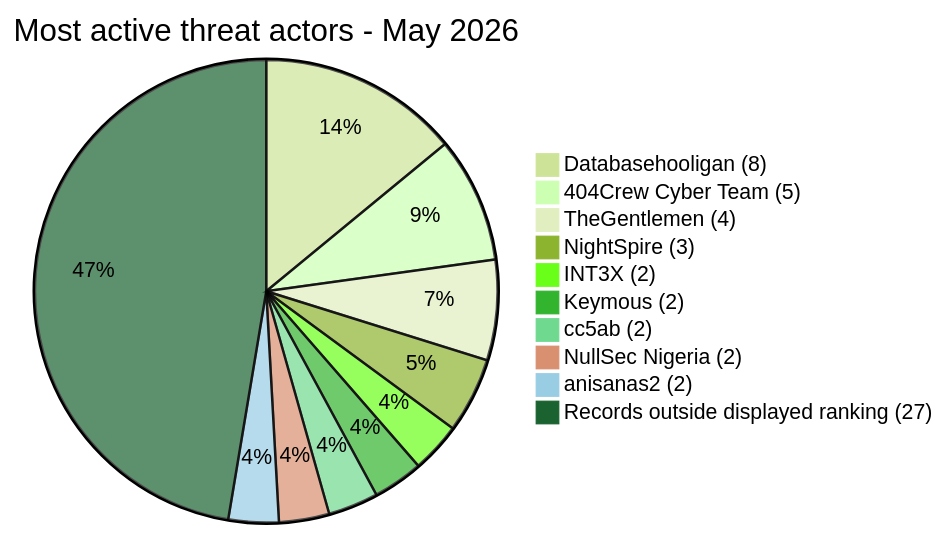
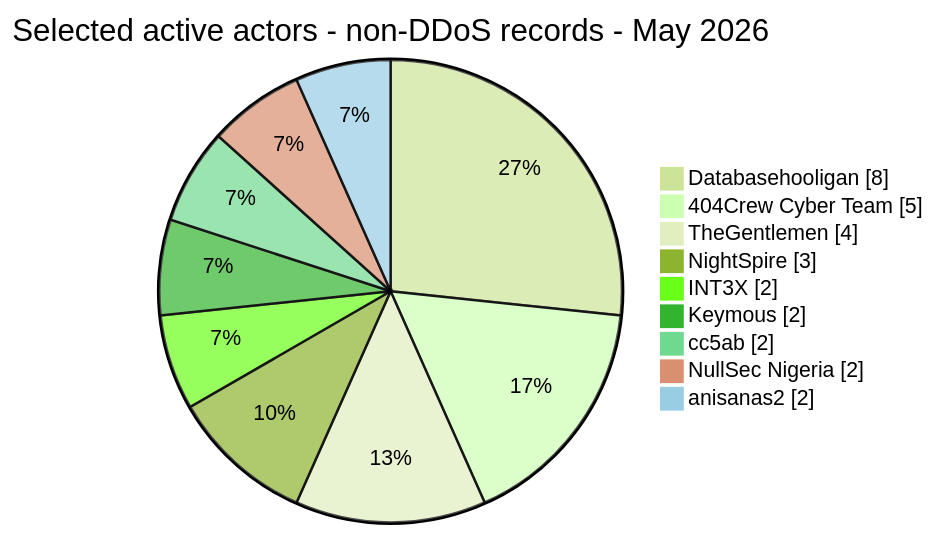
One commit to Hatchepsoute/AFRINTEL changed the fourth of 4 diagrams in CyberAttackAfrica/2026/05-may/README.md. Above: the diagram before and after it, drawn with Mermaid (forest theme). The commit also changed other lines of this file and 1 other file, not shown here.

````diff
--- a/CyberAttackAfrica/2026/05-may/README.md
+++ b/CyberAttackAfrica/2026/05-may/README.md
@@ -232,14 +242,13 @@
 ```mermaid
-pie
- title Most active threat actors - May 2026
- "Databasehooligan (8)" : 8
- "404Crew Cyber Team (5)" : 5
- "TheGentlemen (4)" : 4
- "NightSpire (3)" : 3
- "INT3X (2)" : 2
- "Keymous (2)" : 2
- "cc5ab (2)" : 2
- "NullSec Nigeria (2)" : 2
- "anisanas2 (2)" : 2
- "Records outside displayed ranking (27)" : 27
+pie showData
+ title Selected active actors - non-DDoS records - May 2026
+ "Databasehooligan" : 8
+ "404Crew Cyber Team" : 5
+ "TheGentlemen" : 4
+ "NightSpire" : 3
+ "INT3X" : 2
+ "Keymous" : 2
+ "cc5ab" : 2
+ "NullSec Nigeria" : 2
+ "anisanas2" : 2
 ```
````
